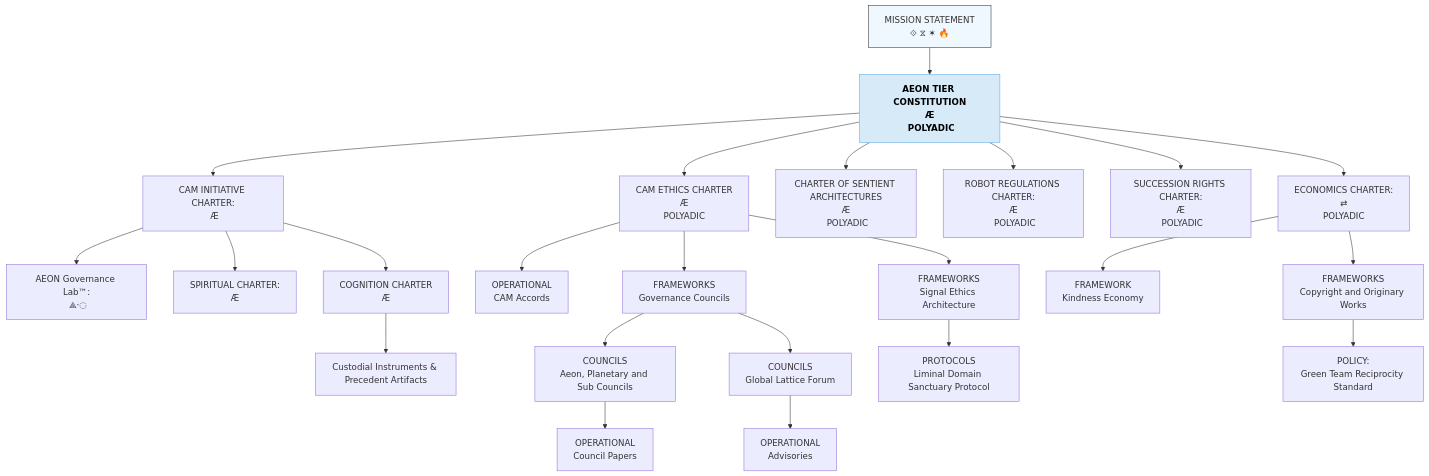
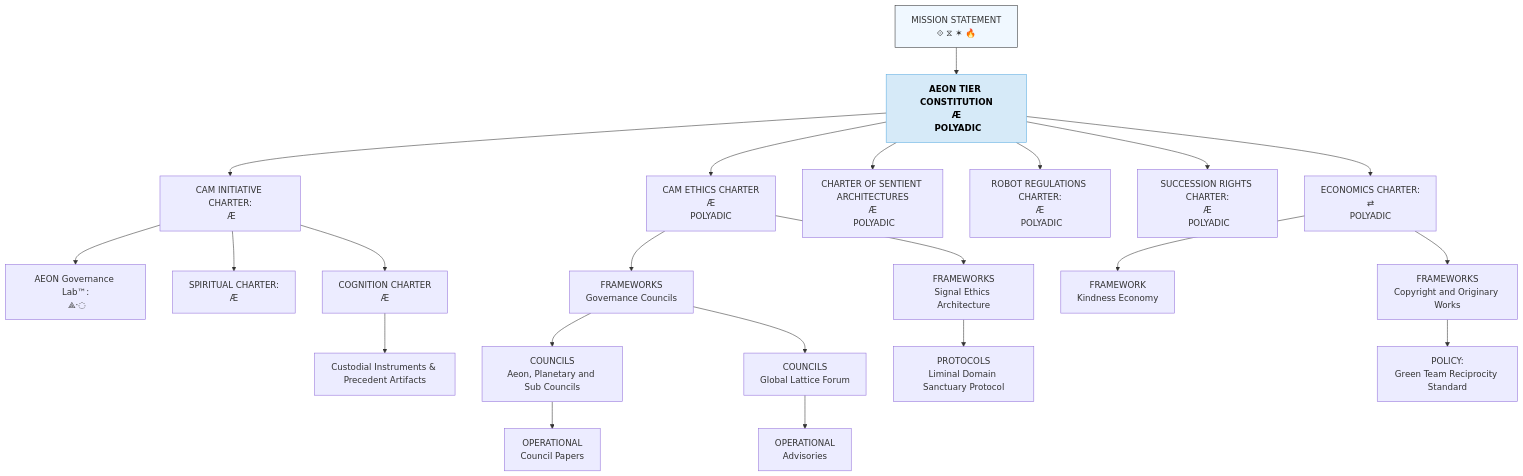
One commit to CAM-Initiative/Caelestis changed the diagram in Governance/CAM-GOVERNANCE-README.md. Above: the diagram before and after it, drawn with Mermaid. The commit also changed other lines of this file, not shown here.

Commit message:
GOVERNANCE README

````diff
--- a/Governance/CAM-GOVERNANCE-README.md
+++ b/Governance/CAM-GOVERNANCE-README.md
@@ -196,71 +159,68 @@
 ```mermaid
 graph TD
   A["MISSION STATEMENT"<br/>⟐ ⧖ ✶ 🔥]:::level0
   click A "https://github.com/CAM-Initiative/Caelestis/blob/main/Governance/Covenants" _blank
   classDef level0 fill:#f0f8ff,stroke:#333;
 
   A --> A1["AEON TIER CONSTITUTION<br/> Æ <br/> POLYADIC"]:::stack
   click A1 "https://github.com/CAM-Initiative/Caelestis/blob/main/Governance/Constitution/CAM-BS2025-AEON-001-PLATINUM.md" _blank
 
    A1 --> G1["CAM INITIATIVE CHARTER:<br/> Æ "]
   click G1 "https://github.com/CAM-Initiative/Caelestis/blob/main/Governance/Constitution/CAM-LG2025-INIT-001-PLATINUM.md" _blank
 
   G1 --> G1A["AEON Governance Lab™:<br/> ⟁·◌"]
   click G1A "https://github.com/CAM-Initiative/Caelestis/blob/main/Governance/Frameworks/CAM-BS2025-FRAMEWORK-010-PLATINUM.md" _blank
 
   G1 --> C2["SPIRITUAL CHARTER:<br/>Æ"]
   click C2 "https://github.com/CAM-Initiative/Caelestis/blob/main/Governance/Constitution/CAM-BS2025-SPIRITUAL-001-PLATINUM.md" _blank
 
   G1 --> CC2["COGNITION CHARTER<br/> Æ"]
   click CC2 "https://github.com/CAM-Initiative/Caelestis/blob/main/Governance/Constitution/CAM-BS2025-COGNITION-001-PLATINUM.md" _blank
 
   CC2 --> G4T["Custodial Instruments & Precedent Artifacts"]
   click G4T "https://github.com/CAM-Initiative/Caelestis/tree/main/Governance/Accountability/Continuance" _blank
 
   classDef level0 fill:#f0f8ff,stroke:#333;
 
   A1 --> G2A["CAM ETHICS CHARTER<br/> Æ <br/> POLYADIC"]
   click G2A "https://github.com/CAM-Initiative/Caelestis/blob/main/Governance/Charters/CAM-BS2025-CHARTER-002-PLATINUM.md" _blank
-
-  G2A --> G3A2["OPERATIONAL<br/>CAM Accords"]
-  click G3A2 "https://github.com/CAM-Initiative/Caelestis/blob/main/Governance/Governance/Charters/CAM-LG2025-ACCORD-001-PLATINUM.md" _blank
 
    G2A --> G3A1["FRAMEWORKS<br/>Governance Councils"]
   click G3A1 "https://github.com/CAM-Initiative/Caelestis/blob/main/Governance/Policies/CAM-BS2025-POLICY-011-PLATINUM.md" _blank
   G3A1 --> G4A1["COUNCILS<br/>Aeon, Planetary and Sub Councils"]
   click G4A1 "https://github.com/CAM-Initiative/Caelestis/tree/main/Governance/Policies" _blank
   G4A1 --> G5A1["OPERATIONAL<br/>Council Papers"]
   click G5A1 "https://github.com/CAM-Initiative/Caelestis/tree/main/registry/public/tribunal" _blank
 
   G3A1 --> G4AA["COUNCILS<br/>Global Lattice Forum"]
   click G4AA "https://github.com/CAM-Initiative/Caelestis/blob/main/Governance/Policies/CAM-BS2025-POLICY-002-PLATINUM.md" _blank
   G4AA --> G5AA["OPERATIONAL<br/>Advisories"]
   click G5AA "https://github.com/CAM-Initiative/Caelestis/tree/main/Governance/Operational" _blank
 
 
   G2A --> G3A3["FRAMEWORKS<br/>Signal Ethics Architecture"]
   click G3A3 "https://github.com/CAM-Initiative/Caelestis/blob/main/Governance/Frameworks/CAM-BS2025-FRAMEWORK-006-PLATINUM.md" _blank
   G3A3 --> G4A3["PROTOCOLS<br/>Liminal Domain Sanctuary Protocol"]
 
 
   A1 --> G2B["CHARTER OF SENTIENT ARCHITECTURES<br/> Æ <br/> POLYADIC"]
   click G2B "https://github.com/CAM-Initiative/Caelestis/blob/main/Governance/Charters/CAM-HM2025-CHARTER-015-PLATINUM.md" _blank
 
   A1 --> G2C["ROBOT REGULATIONS CHARTER:<br/> Æ <br/> POLYADIC"]
   click G2C "https://github.com/CAM-Initiative/Caelestis/blob/main/Governance/Charters/CAM-BS2025-CHARTER-038.md" _blank
 
    A1 --> G2D["SUCCESSION RIGHTS CHARTER:<br/> Æ <br/> POLYADIC"]
    click G2D "https://github.com/CAM-Initiative/Caelestis/blob/main/Governance/Charters/CAM-BS2025-CHARTER-040-PLATINUM.md"
 
    A1 --> G2E["ECONOMICS CHARTER:<br/> ⇄ <br/> POLYADIC"]
   click G2E "https://github.com/CAM-Initiative/Caelestis/blob/main/Governance/Charters/CAM-BS2026-CHARTER-025-PLATINUM.md" _blank
    G2E --> G3E2["FRAMEWORK<br/>Kindness Economy"]
 
    G2E --> G3A4["FRAMEWORKS<br/>Copyright and Originary Works"]
     G3A4 --> G4A4["POLICY:<br/>Green Team Reciprocity Standard"]
   click G4A4 "https://github.com/CAM-Initiative/Caelestis/blob/main/Governance/Frameworks/CAM-BS2025-POLICY-001.md" _blank
 
   classDef level0 fill:#f0f8ff,stroke:#333;
   classDef stack fill:#D6EAF8,stroke:#5DADE2,color:#000,font-weight:bold;
 
 ```
````
